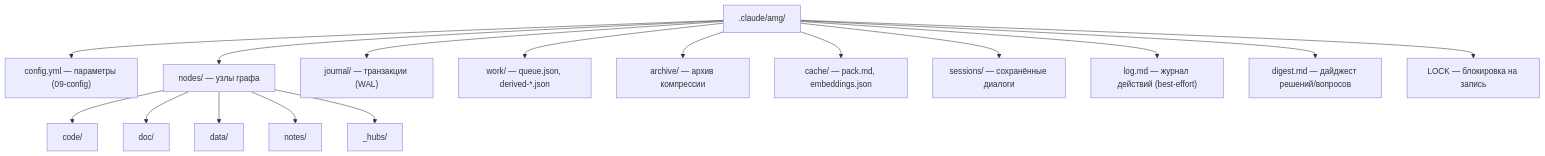
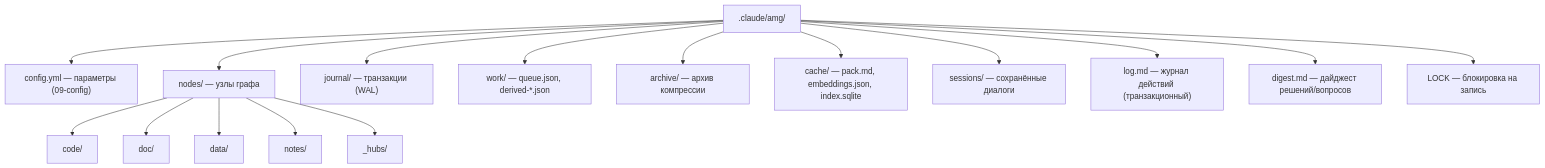
One commit to Kvazar123/llm-amg changed the second of 2 diagrams in docs/ru/architecture/02-data-model.md. Above: the diagram before and after it, drawn with Mermaid. The commit also changed other lines of this file and 13 other files, not shown here.

````diff
--- a/docs/ru/architecture/02-data-model.md
+++ b/docs/ru/architecture/02-data-model.md
@@ -191,18 +191,18 @@
 ```mermaid
 flowchart TD
     R[".claude/amg/"] --> CFG["config.yml — параметры (09-config)"]
     R --> N["nodes/ — узлы графа"]
     R --> J["journal/ — транзакции (WAL)"]
     R --> W["work/ — queue.json, derived-*.json"]
     R --> A["archive/ — архив компрессии"]
-    R --> CA["cache/ — pack.md, embeddings.json"]
+    R --> CA["cache/ — pack.md, embeddings.json, index.sqlite"]
     R --> SE["sessions/ — сохранённые диалоги"]
-    R --> LG["log.md — журнал действий (best-effort)"]
+    R --> LG["log.md — журнал действий (транзакционный)"]
     R --> DG["digest.md — дайджест решений/вопросов"]
     R --> L["LOCK — блокировка на запись"]
     N --> NC["code/"]
     N --> ND["doc/"]
     N --> NA["data/"]
     N --> NN["notes/"]
     N --> NH["_hubs/"]
 ```
````
